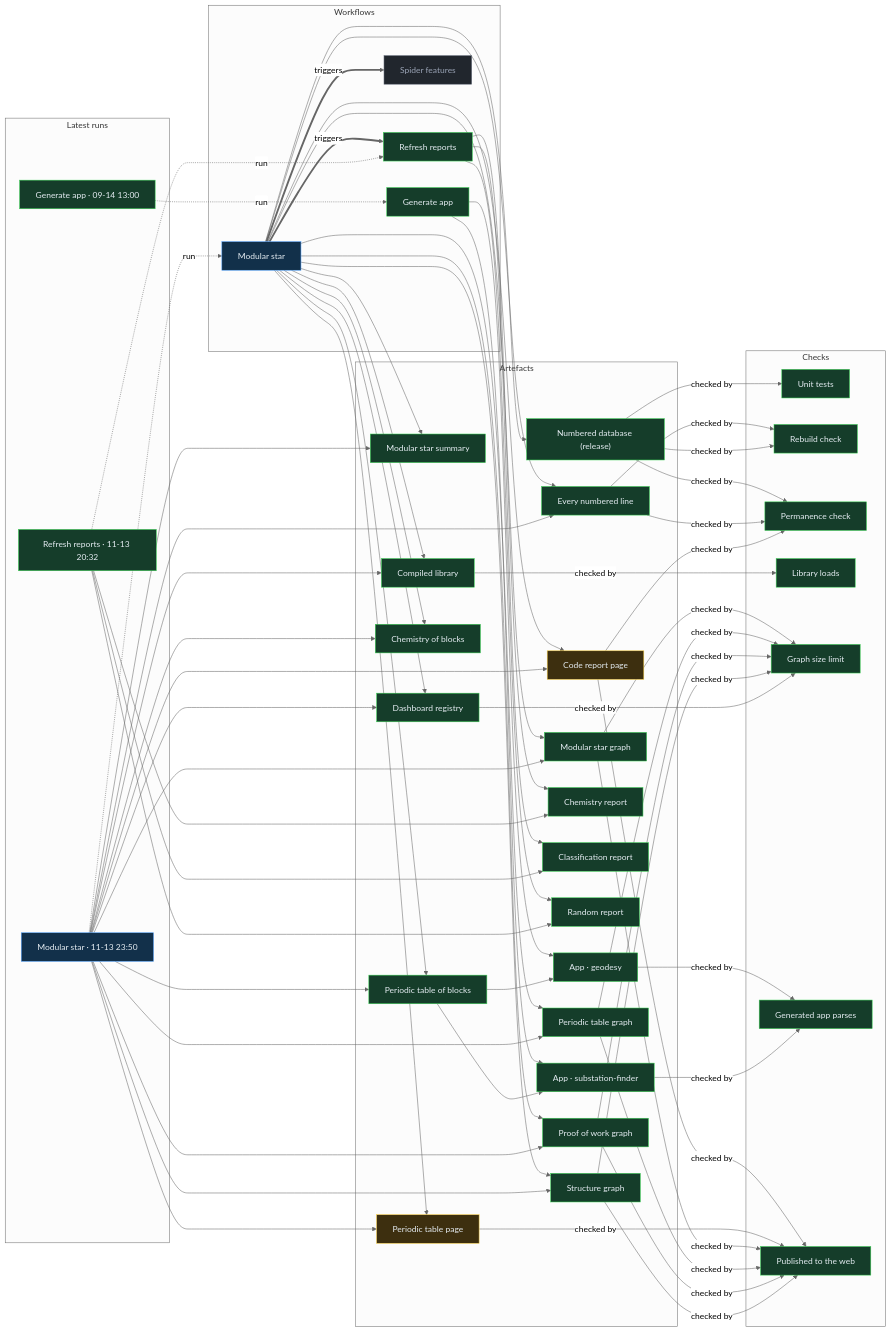
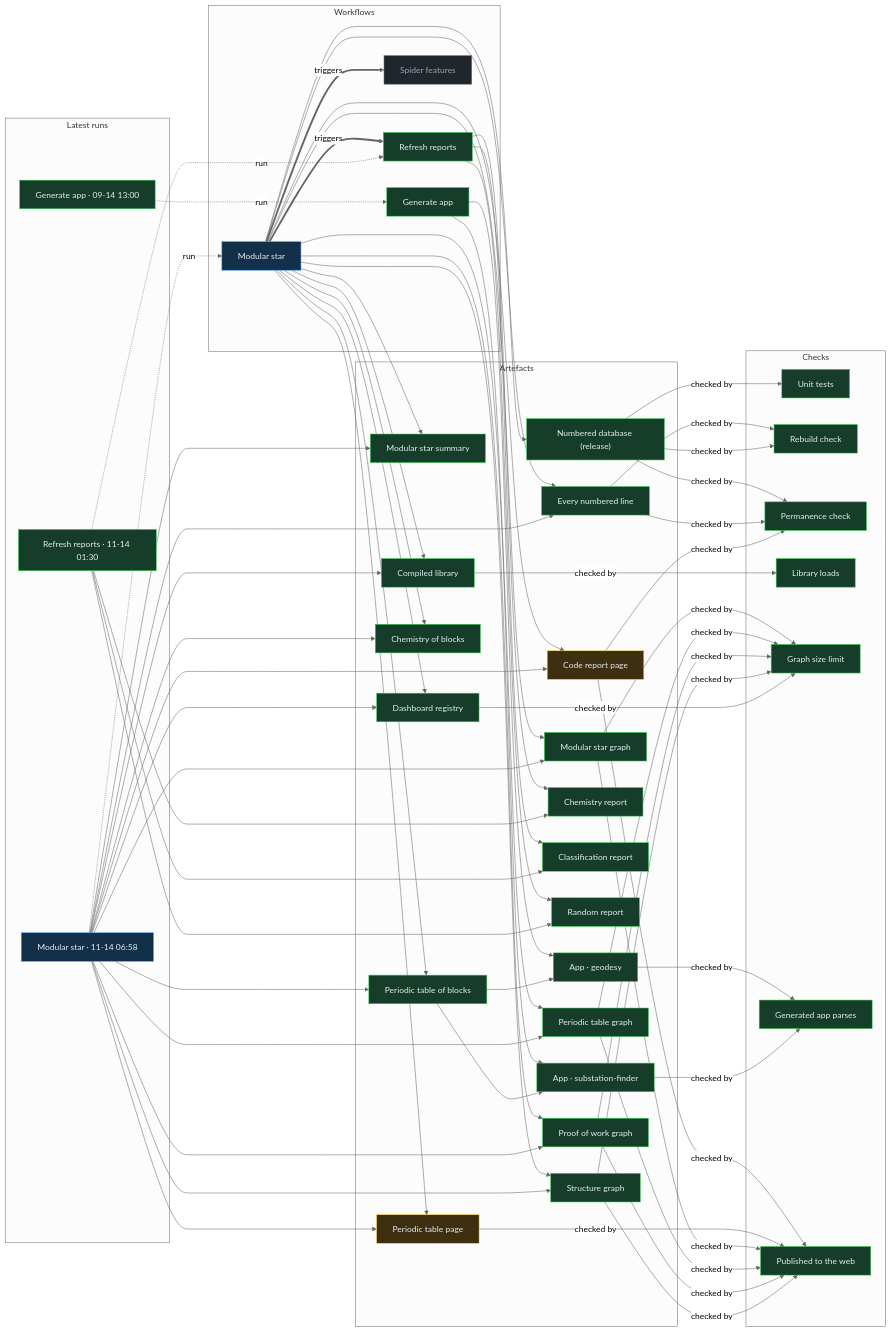
The diagram in proof/PROOF.md (Ventusltd/stars), drawn with Mermaid (neutral theme) before and after one commit. The commit also changed other lines of this file and 266 other files, not shown here.

Commit message:
Modular star 2026-11-14T07:00Z

```diff
--- a/proof/PROOF.md
+++ b/proof/PROOF.md
@@ -24,8 +24,8 @@
   n_wf_spider_features["Spider features"]:::off
   end
   subgraph g_runs["Latest runs"]
-  n_run_43530042565["Modular star · 11-13 23:50"]:::live
-  n_run_43502505208["Refresh reports · 11-13 20:32"]:::ok
+  n_run_43568853604["Modular star · 11-14 06:58"]:::live
+  n_run_43540957421["Refresh reports · 11-14 01:30"]:::ok
   n_run_34846587798["Generate app · 09-14 13:00"]:::ok
   end
   subgraph g_artefacts["Artefacts"]
@@ -59,39 +59,39 @@
   end
   n_wf_modular_star == triggers ==> n_wf_refresh
   n_wf_modular_star == triggers ==> n_wf_spider_features
-  n_run_43530042565 -. run .-> n_wf_modular_star
-  n_run_43502505208 -. run .-> n_wf_refresh
+  n_run_43568853604 -. run .-> n_wf_modular_star
+  n_run_43540957421 -. run .-> n_wf_refresh
   n_run_34846587798 -. run .-> n_wf_generate
   n_wf_modular_star --> n_art_summary
-  n_run_43530042565 --> n_art_summary
+  n_run_43568853604 --> n_art_summary
   n_wf_modular_star --> n_art_lines
-  n_run_43530042565 --> n_art_lines
+  n_run_43568853604 --> n_art_lines
   n_wf_modular_star --> n_art_code
-  n_run_43530042565 --> n_art_code
+  n_run_43568853604 --> n_art_code
   n_wf_modular_star --> n_art_modular_graph
-  n_run_43530042565 --> n_art_modular_graph
+  n_run_43568853604 --> n_art_modular_graph
   n_wf_modular_star --> n_art_blocks
-  n_run_43530042565 --> n_art_blocks
+  n_run_43568853604 --> n_art_blocks
   n_wf_modular_star --> n_art_table
-  n_run_43530042565 --> n_art_table
+  n_run_43568853604 --> n_art_table
   n_wf_modular_star --> n_art_blocks_graph
-  n_run_43530042565 --> n_art_blocks_graph
+  n_run_43568853604 --> n_art_blocks_graph
   n_wf_modular_star --> n_art_reactions
-  n_run_43530042565 --> n_art_reactions
+  n_run_43568853604 --> n_art_reactions
   n_wf_modular_star --> n_art_library
-  n_run_43530042565 --> n_art_library
+  n_run_43568853604 --> n_art_library
   n_wf_modular_star --> n_art_features
-  n_run_43530042565 --> n_art_features
+  n_run_43568853604 --> n_art_features
   n_wf_modular_star --> n_art_proof
-  n_run_43530042565 --> n_art_proof
+  n_run_43568853604 --> n_art_proof
   n_wf_modular_star --> n_art_structure
-  n_run_43530042565 --> n_art_structure
+  n_run_43568853604 --> n_art_structure
   n_wf_refresh --> n_art_chemistry
-  n_run_43502505208 --> n_art_chemistry
+  n_run_43540957421 --> n_art_chemistry
   n_wf_refresh --> n_art_vedic
-  n_run_43502505208 --> n_art_vedic
+  n_run_43540957421 --> n_art_vedic
   n_wf_refresh --> n_art_random
-  n_run_43502505208 --> n_art_random
+  n_run_43540957421 --> n_art_random
   n_wf_modular_star --> n_art_release
   n_wf_generate --> n_app_geodesy
   n_art_blocks --> n_app_geodesy
```
